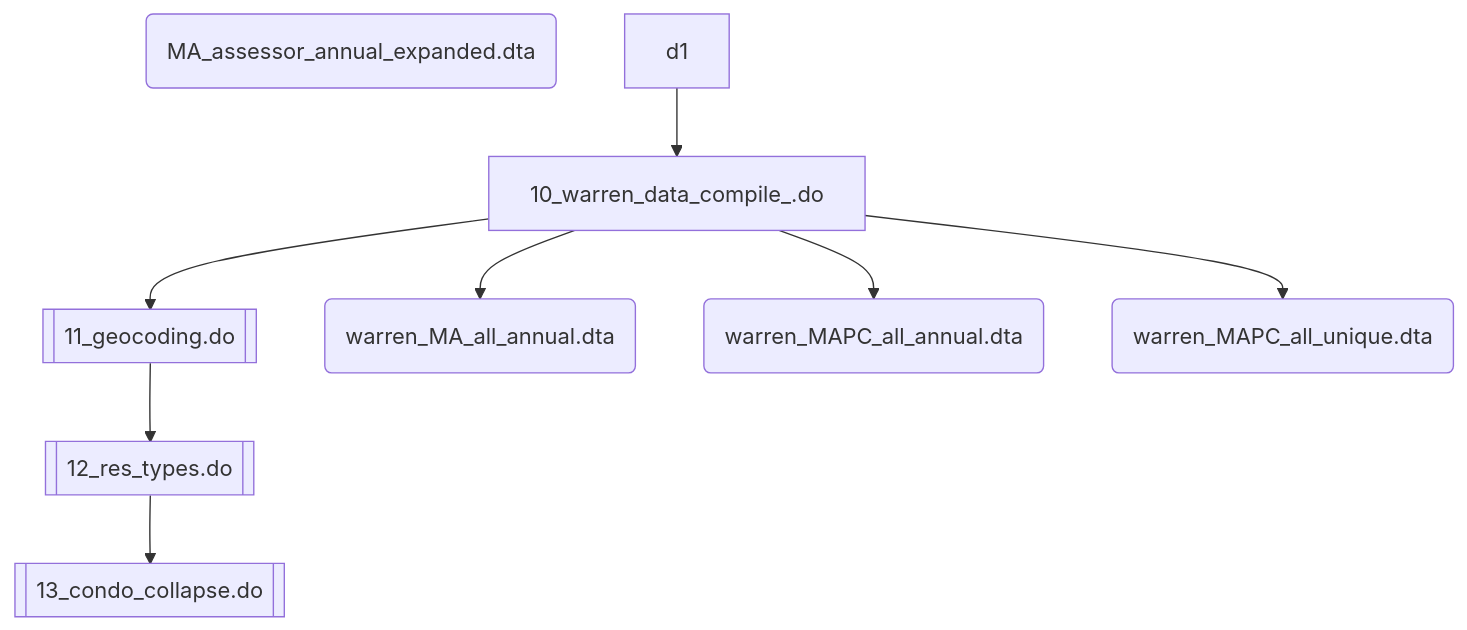
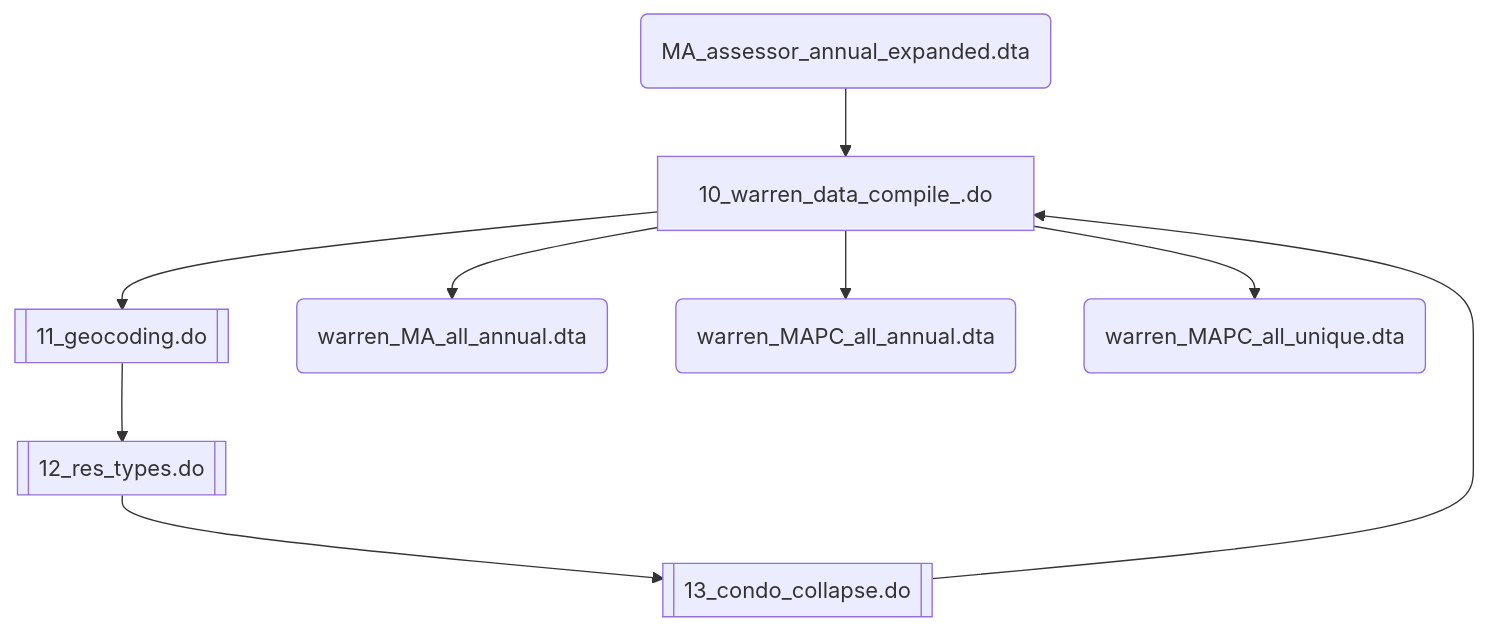
One commit to nchiumenti/boston_zoning changed the first of 4 diagrams in code/data_setup/README.md. Above: the diagram before and after it, drawn with Mermaid.

````diff
--- a/code/data_setup/README.md
+++ b/code/data_setup/README.md
@@ -51,19 +51,20 @@
 ```mermaid
 flowchart TD
   f0[10_warren_data_compile_.do];
   d0(MA_assessor_annual_expanded.dta);
 
   f1@{ shape: subproc, label: "11_geocoding.do" };
   f2@{ shape: subproc, label: "12_res_types.do" };
   f3@{ shape: subproc, label: "13_condo_collapse.do " };
 
   d2(warren_MA_all_annual.dta);
   d3(warren_MAPC_all_annual.dta);
   d4(warren_MAPC_all_unique.dta);
   
-  d1 --> f0;
+  d0 --> f0;
   f0 --> f1 --> f2 --> f3;
+  f3 --> f0;
   f0 --> d2;
   f0 --> d3;
   f0 --> d4;
 ```
````
